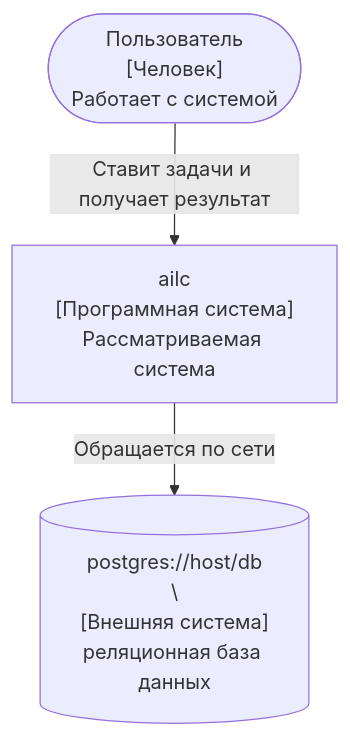
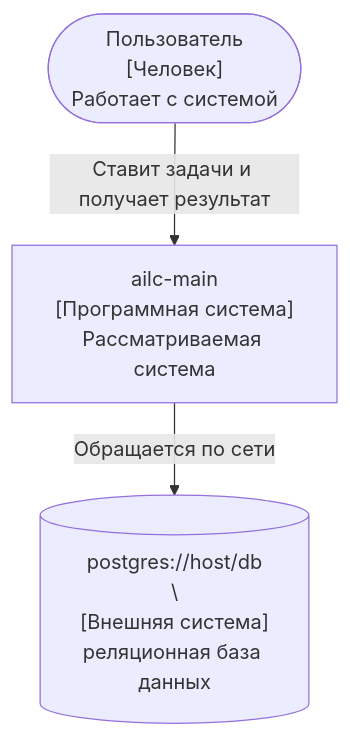
Before and after one commit to pro-deploy/ailc: the first of 5 diagrams in docs/C4.md, drawn with Mermaid. The commit also changed other lines of this file and 17 other files, not shown here.

````diff
--- a/docs/C4.md
+++ b/docs/C4.md
@@ -38,8 +38,8 @@
 ```mermaid
 flowchart TD
   человек(["Пользователь<br/>[Человек]<br/>Работает с системой"])
-  система["ailc<br/>[Программная система]<br/>Рассматриваемая система"]
+  система["ailc-main<br/>[Программная система]<br/>Рассматриваемая система"]
   человек -->|"Ставит задачи и получает результат"| система
   внеш0[("postgres://host/db\n\<br/>[Внешняя система]<br/>реляционная база данных")]
   система -->|"Обращается по сети"| внеш0
 ```
````
